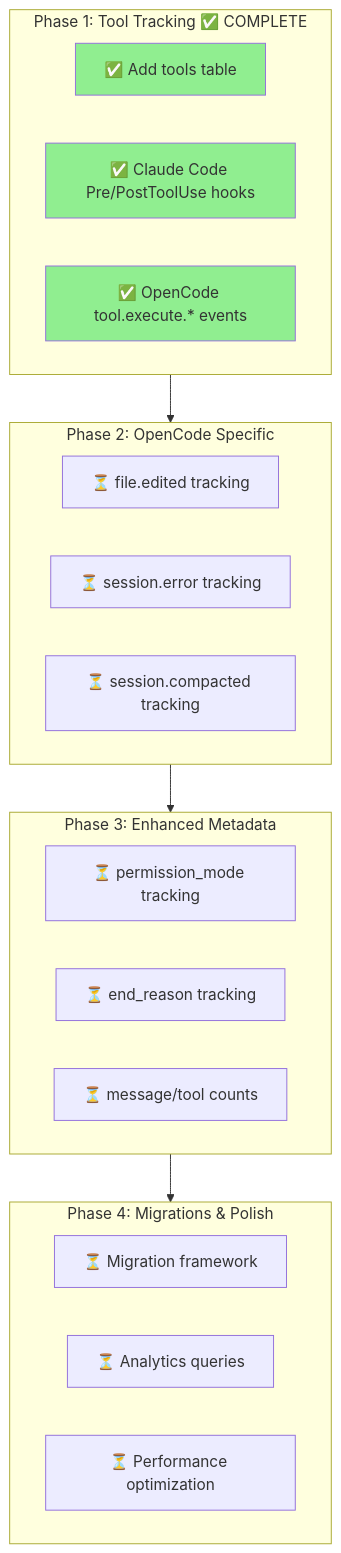
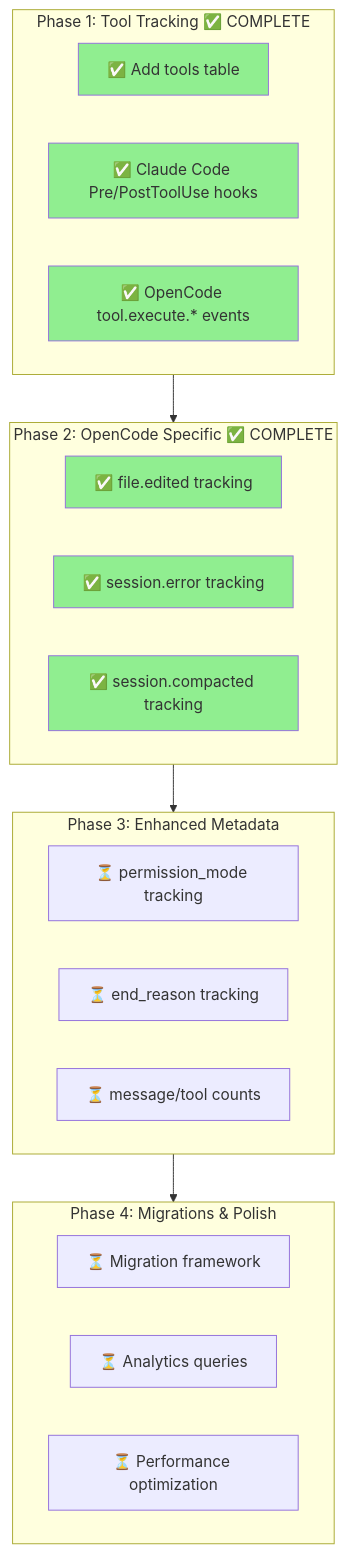
One commit to dxta-dev/clankers changed the diagram in lode/plans/data-gaps-implementation.md. Above: the diagram before and after it, drawn with Mermaid. The commit also changed other lines of this file and 6 other files, not shown here.

````diff
--- a/lode/plans/data-gaps-implementation.md
+++ b/lode/plans/data-gaps-implementation.md
@@ -511,32 +516,35 @@
 ```mermaid
 flowchart TB
     subgraph Phase1[Phase 1: Tool Tracking ✅ COMPLETE]
         P1_1[✅ Add tools table]
         P1_2[✅ Claude Code Pre/PostToolUse hooks]
         P1_3[✅ OpenCode tool.execute.* events]
     end
 
-    subgraph Phase2[Phase 2: OpenCode Specific]
-        P2_1[⏳ file.edited tracking]
-        P2_2[⏳ session.error tracking]
-        P2_3[⏳ session.compacted tracking]
+    subgraph Phase2[Phase 2: OpenCode Specific ✅ COMPLETE]
+        P2_1[✅ file.edited tracking]
+        P2_2[✅ session.error tracking]
+        P2_3[✅ session.compacted tracking]
     end
 
     subgraph Phase3[Phase 3: Enhanced Metadata]
         P3_1[⏳ permission_mode tracking]
         P3_2[⏳ end_reason tracking]
         P3_3[⏳ message/tool counts]
     end
 
     subgraph Phase4[Phase 4: Migrations & Polish]
         P4_1[⏳ Migration framework]
         P4_2[⏳ Analytics queries]
         P4_3[⏳ Performance optimization]
     end
 
     Phase1 --> Phase2 --> Phase3 --> Phase4
 
     style P1_1 fill:#90EE90
     style P1_2 fill:#90EE90
     style P1_3 fill:#90EE90
+    style P2_1 fill:#90EE90
+    style P2_2 fill:#90EE90
+    style P2_3 fill:#90EE90
 ```
````
